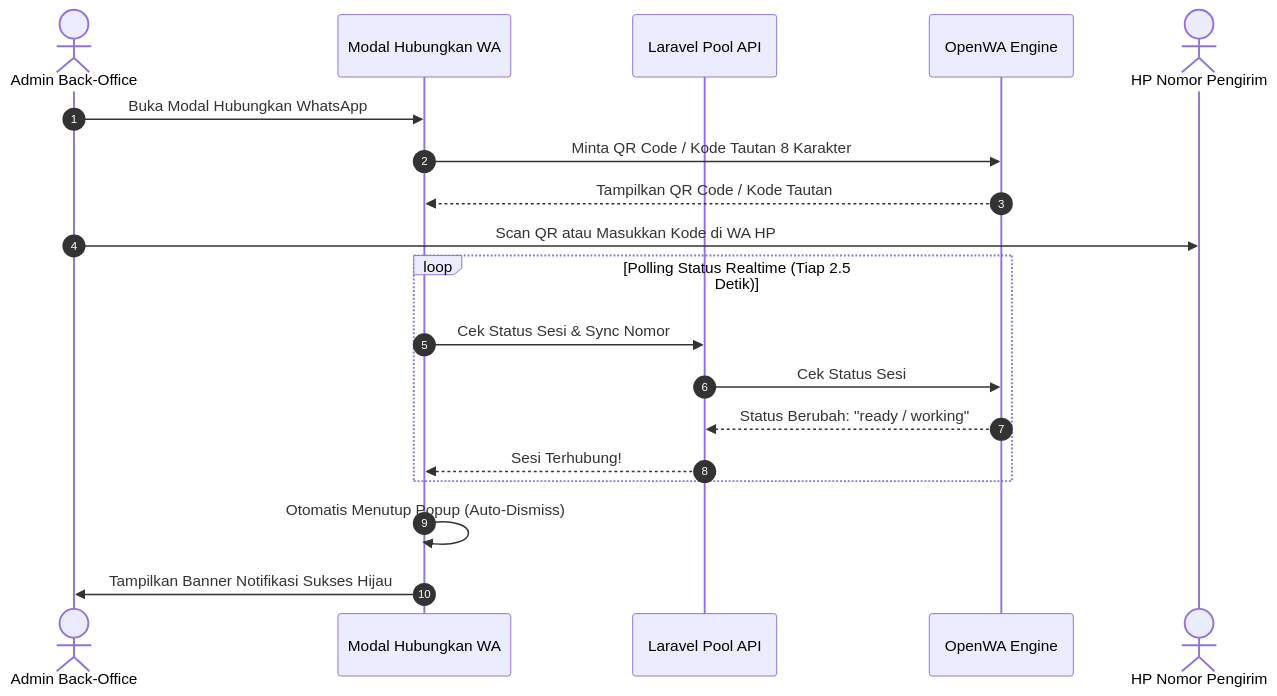
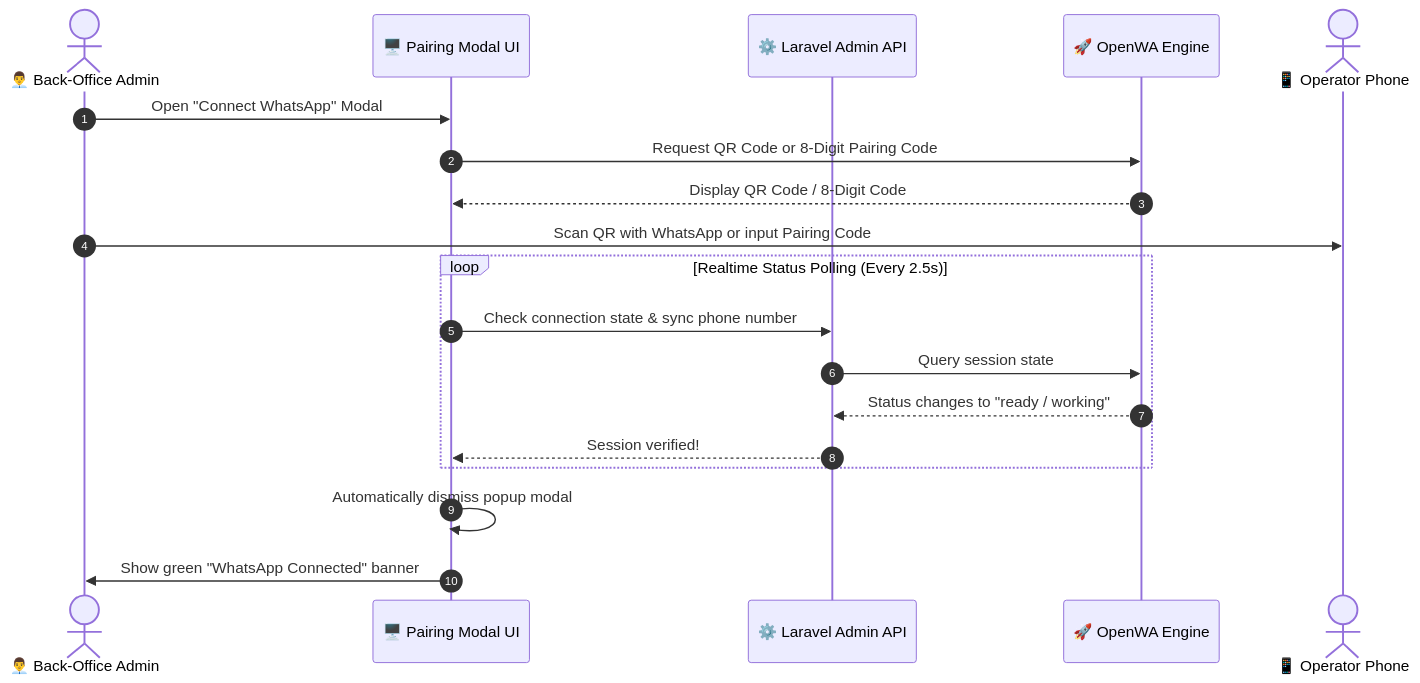
Before and after one commit to billi-panca-wijaya/wa-gateway: the fourth of 4 diagrams in README.md, drawn with Mermaid. The commit also changed other lines of this file and 1 other file, not shown here.

````diff
--- a/README.md
+++ b/README.md
@@ -137,22 +143,22 @@
 ```mermaid
 sequenceDiagram
     autonumber
-    actor Admin as Admin Back-Office
-    participant Modal as Modal Hubungkan WA
-    participant Backend as Laravel Pool API
-    participant OpenWA as OpenWA Engine
-    actor HP as HP Nomor Pengirim
+    actor Admin as 👨‍💼 Back-Office Admin
+    participant Modal as 🖥️ Pairing Modal UI
+    participant Backend as ⚙️ Laravel Admin API
+    participant OpenWA as 🚀 OpenWA Engine
+    actor Phone as 📱 Operator Phone
 
-    Admin->>Modal: Buka Modal Hubungkan WhatsApp
-    Modal->>OpenWA: Minta QR Code / Kode Tautan 8 Karakter
-    OpenWA-->>Modal: Tampilkan QR Code / Kode Tautan
-    Admin->>HP: Scan QR atau Masukkan Kode di WA HP
-    loop Polling Status Realtime (Tiap 2.5 Detik)
-        Modal->>Backend: Cek Status Sesi & Sync Nomor
-        Backend->>OpenWA: Cek Status Sesi
-        OpenWA-->>Backend: Status Berubah: "ready / working"
-        Backend-->>Modal: Sesi Terhubung!
+    Admin->>Modal: Open "Connect WhatsApp" Modal
+    Modal->>OpenWA: Request QR Code or 8-Digit Pairing Code
+    OpenWA-->>Modal: Display QR Code / 8-Digit Code
+    Admin->>Phone: Scan QR with WhatsApp or input Pairing Code
+    loop Realtime Status Polling (Every 2.5s)
+        Modal->>Backend: Check connection state & sync phone number
+        Backend->>OpenWA: Query session state
+        OpenWA-->>Backend: Status changes to "ready / working"
+        Backend-->>Modal: Session verified!
     end
-    Modal->>Modal: Otomatis Menutup Popup (Auto-Dismiss)
-    Modal->>Admin: Tampilkan Banner Notifikasi Sukses Hijau
+    Modal->>Modal: Automatically dismiss popup modal
+    Modal->>Admin: Show green "WhatsApp Connected" banner
 ```
````
